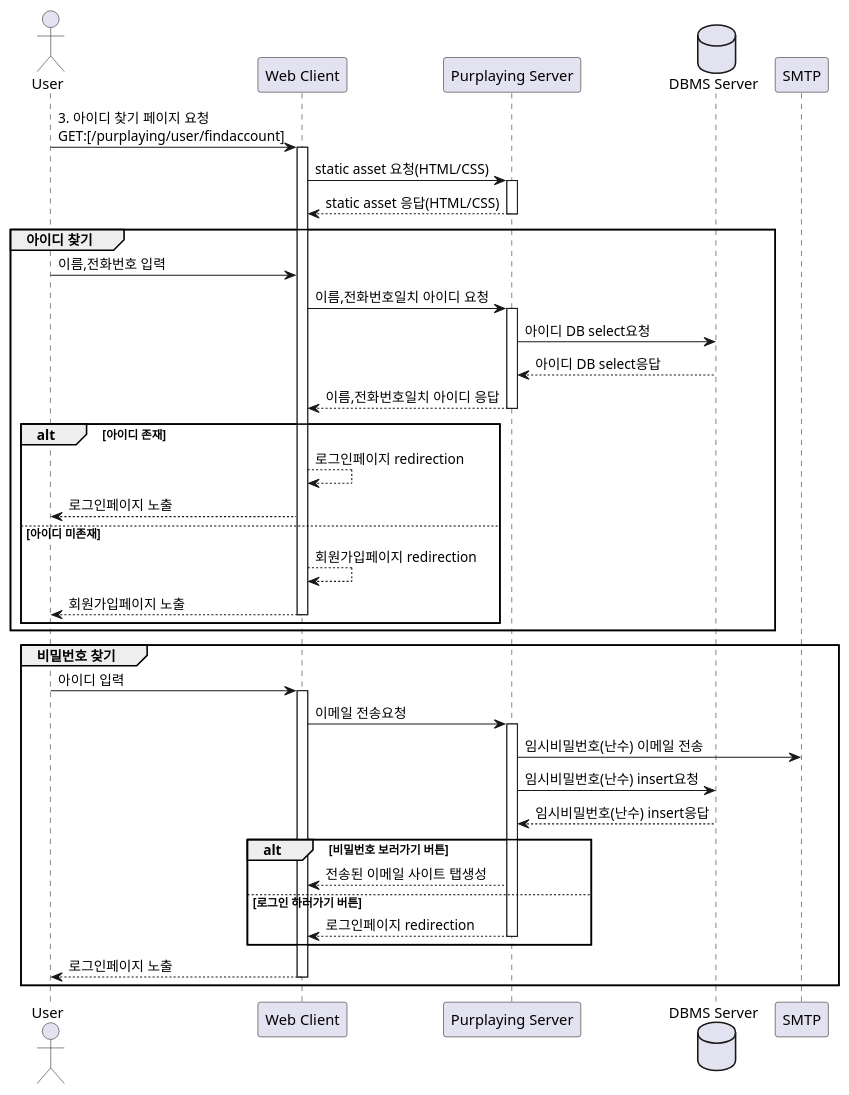
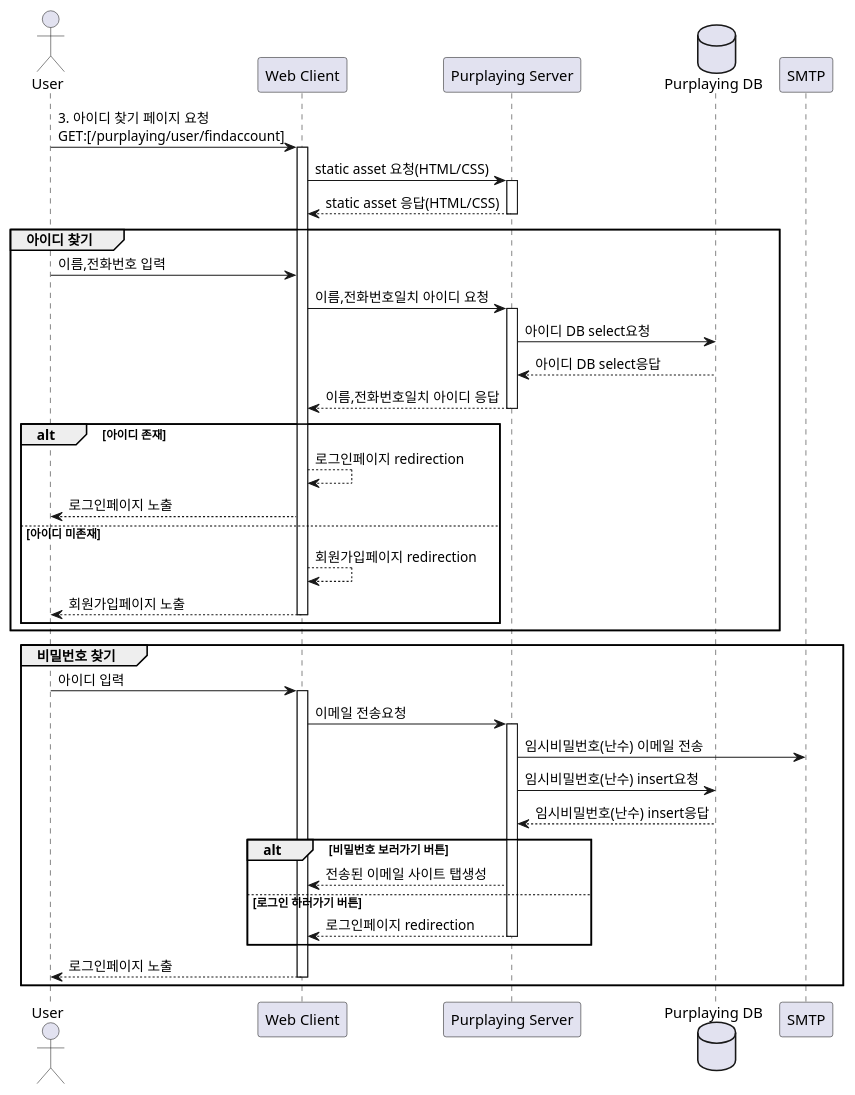
Before and after one commit to BlueUmb/ezenclass: the diagram in Java Notes/docs/Purplaying_findaccount_diagram.plantuml, drawn with PlantUML. The commit also changed 1 other file, not shown here.

Commit message:
admin uml 추가

```diff
--- a/Java Notes/docs/Purplaying_findaccount_diagram.plantuml
+++ b/Java Notes/docs/Purplaying_findaccount_diagram.plantuml
@@ -1,61 +1,61 @@
 @startuml
 actor User
 participant "Web Client" as C
 participant "Purplaying Server" as S
-database "DBMS Server" as D
+database "Purplaying DB" as D
 participant "SMTP" as M
 
 User -> C:3. 아이디 찾기 페이지 요청\nGET:[/purplaying/user/findaccount]
 
 
 activate C
 C -> S:static asset 요청(HTML/CSS)
 activate S
 S --> C: static asset 응답(HTML/CSS)
 deactivate S
 
 group 아이디 찾기
     User -> C:이름,전화번호 입력
 
     C -> S:이름,전화번호일치 아이디 요청
     activate S
     S -> D:아이디 DB select요청
     D --> S:아이디 DB select응답
     S --> C:이름,전화번호일치 아이디 응답
     deactivate S
 
     alt 아이디 존재
         C --> C: 로그인페이지 redirection
         C --> User:로그인페이지 노출
 
     else 아이디 미존재
         C --> C: 회원가입페이지 redirection
         C --> User:회원가입페이지 노출
         deactivate C
     end
 end
     
 group 비밀번호 찾기
     User -> C:아이디 입력
     activate C
     C -> S:이메일 전송요청
 
     activate S
     S -> M:임시비밀번호(난수) 이메일 전송
     S -> D:임시비밀번호(난수) insert요청
     D --> S:임시비밀번호(난수) insert응답
 
     alt 비밀번호 보러가기 버튼
         S --> C: 전송된 이메일 사이트 탭생성
 
     else 로그인 하러가기 버튼
         S --> C:로그인페이지 redirection
         deactivate S
     end
 
     C --> User: 로그인페이지 노출
     deactivate C
 
 end
 
 @enduml
```
